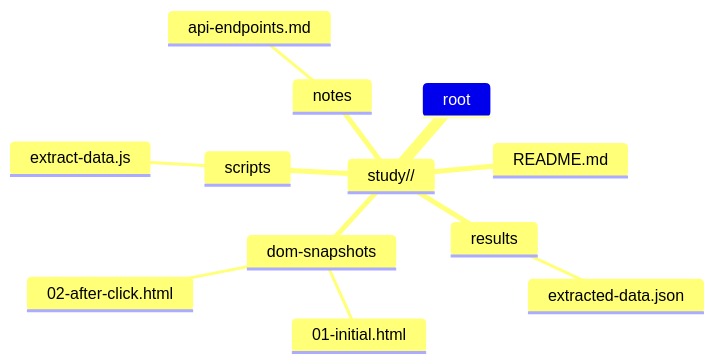
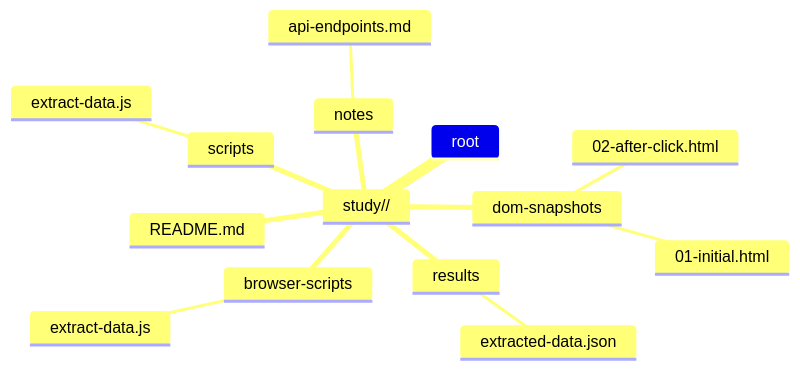
The first of 3 diagrams in research-technics.md (Stiff-uc/mcp-reverse-engineering-toolkit), drawn with Mermaid before and after one commit. The commit also changed other lines of this file and 1 other file, not shown here.

````diff
--- a/research-technics.md
+++ b/research-technics.md
@@ -296,15 +343,17 @@
 ```mermaid
 mindmap
   root
     study/<project-name>/
       README.md
       dom-snapshots
         01-initial.html
         02-after-click.html
+      browser-scripts
+        extract-data.js
       scripts
         extract-data.js
       notes
         api-endpoints.md
       results
         extracted-data.json
 ```
````
